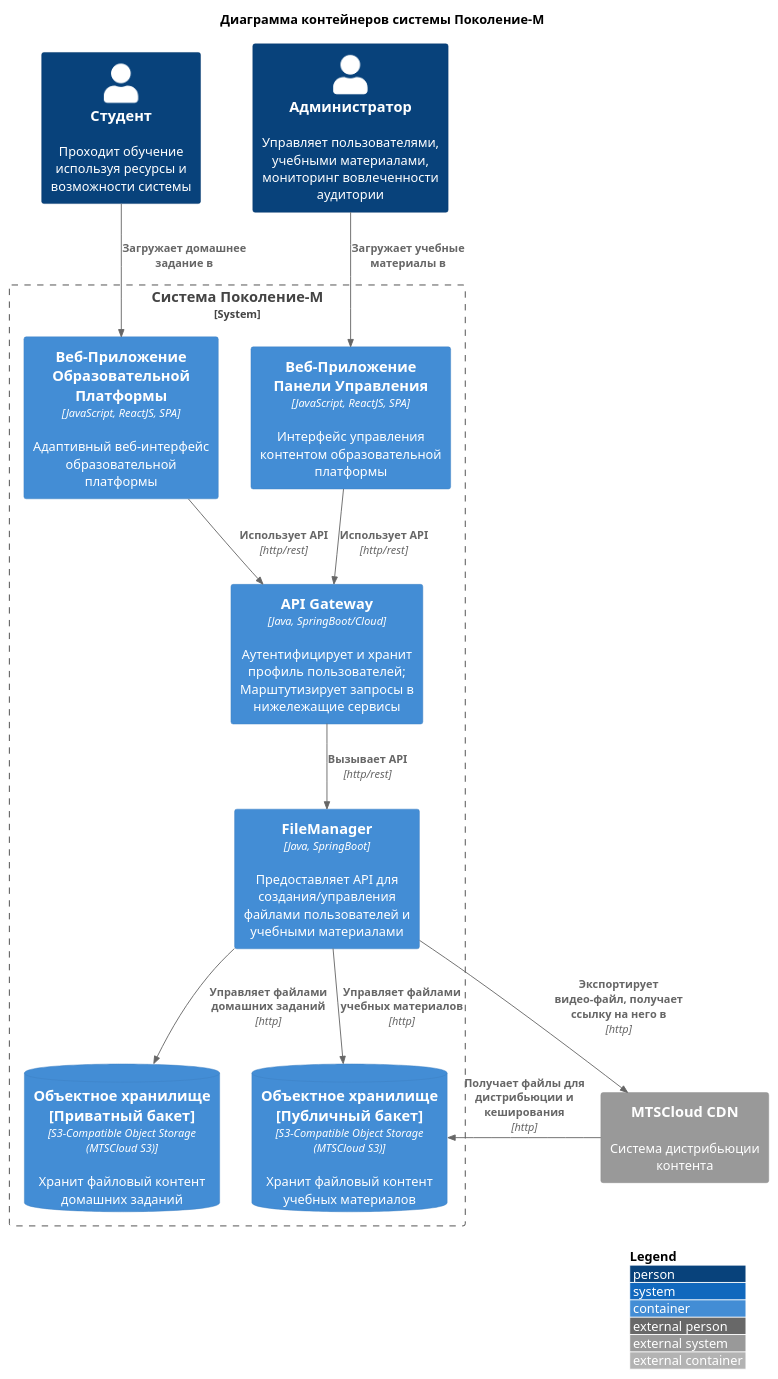
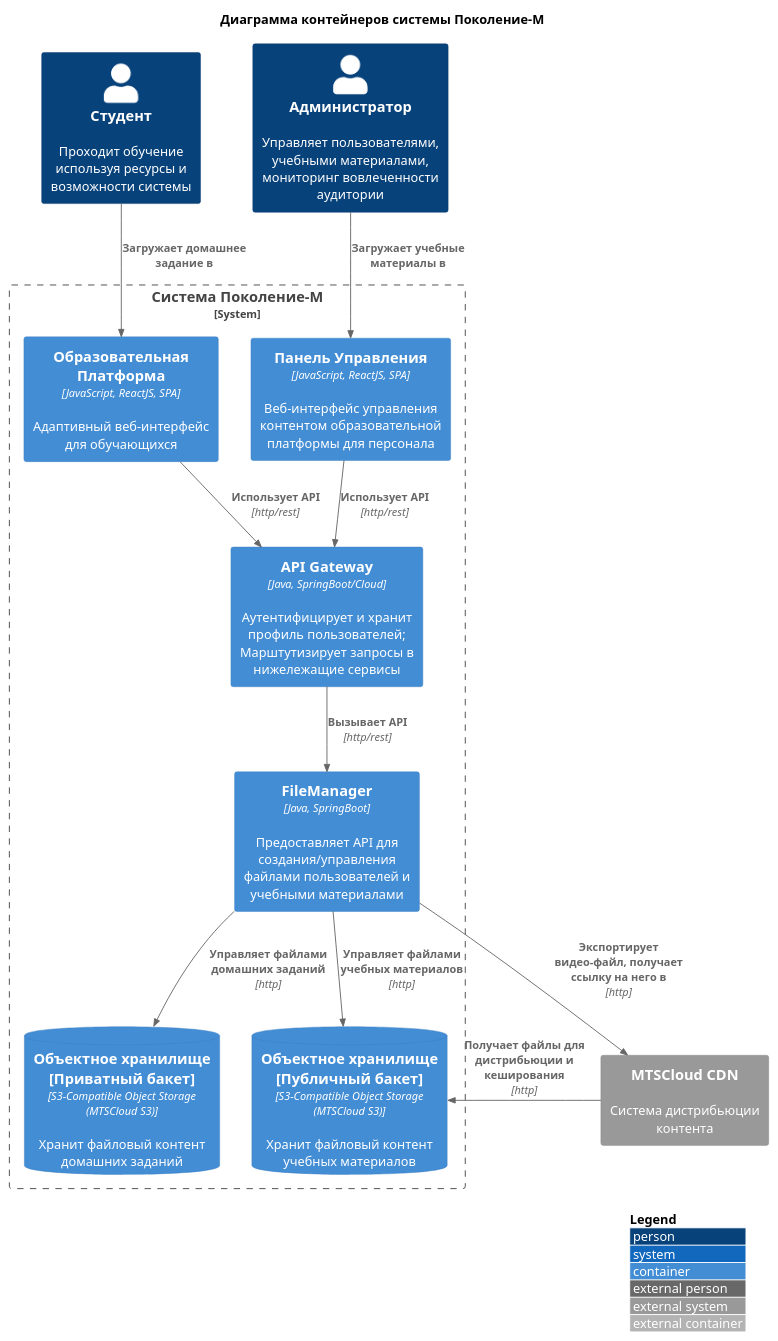
The diagram in docs/adr/adr-004-content-storage.md (karpoftea/mts-kata-2023), drawn with PlantUML before and after one commit. The commit also changed other lines of this file and 1 other file, not shown here.

Commit message:
Обновил скрин, поправил мелочи в ADR по хранилищу

````diff
--- a/docs/adr/adr-004-content-storage.md
+++ b/docs/adr/adr-004-content-storage.md
@@ -38,38 +39,38 @@
 ```plantuml
 @startuml
 !include https://raw.githubusercontent.com/plantuml-stdlib/C4-PlantUML/master/C4_Container.puml
 
 LAYOUT_WITH_LEGEND()
 
 title Диаграмма контейнеров системы Поколение-М
 
 Person(student, "Студент", "Проходит обучение используя ресурсы и возможности системы")
 Person(admin, "Администратор", "Управляет пользователями, учебными материалами, мониторинг вовлеченности аудитории")
 
 System_Boundary(sys, "Система Поколение-М") {
-    Container(userwebapp, "Веб-Приложение Образовательной Платформы", "JavaScript, ReactJS, SPA", "Адаптивный веб-интерфейс образовательной платформы")
-    Container(adminwebapp, "Веб-Приложение Панели Управления", "JavaScript, ReactJS, SPA", "Интерфейс управления контентом образовательной платформы")
+    Container(userwebapp, "Образовательная Платформа", "JavaScript, ReactJS, SPA", "Адаптивный веб-интерфейс для обучающихся")
+    Container(adminwebapp, "Панель Управления", "JavaScript, ReactJS, SPA", "Веб-интерфейс управления контентом образовательной платформы для персонала")
     Container(gw, "API Gateway", "Java, SpringBoot/Cloud", "Аутентифицирует и хранит профиль пользователей; Марштутизирует запросы в нижележащие сервисы")
     Container(fm, "FileManager", "Java, SpringBoot", "Предоставляет API для создания/управления файлами пользователей и учебными материалами")
     ContainerDb(s3private, "Объектное хранилище [Приватный бакет]", "S3-Compatible Object Storage (MTSCloud S3)", "Хранит файловый контент домашних заданий")
     ContainerDb(s3public, "Объектное хранилище [Публичный бакет]", "S3-Compatible Object Storage (MTSCloud S3)", "Хранит файловый контент учебных материалов")
 }
 
 System_Ext(mtscloudcdn, "MTSCloud CDN", "Система дистрибьюции контента")
 
 Rel(admin, adminwebapp, "Загружает учебные материалы в")
 Rel(student, userwebapp, "Загружает домашнее задание в")
 
 Rel(userwebapp, gw, "Использует API", "http/rest")
 Rel(adminwebapp, gw, "Использует API", "http/rest")
 
 Rel(gw, fm, "Вызывает API", "http/rest")
 
 Rel(fm, s3private, "Управляет файлами домашних заданий", "http")
 Rel(fm, s3public, "Управляет файлами учебных материалов", "http")
 Rel(fm, mtscloudcdn, "Экспортирует видео-файл, получает ссылку на него в", "http")
 
 Rel(mtscloudcdn, s3public, "Получает файлы для дистрибьюции и кеширования", "http")
 
 @enduml
 ```
````
